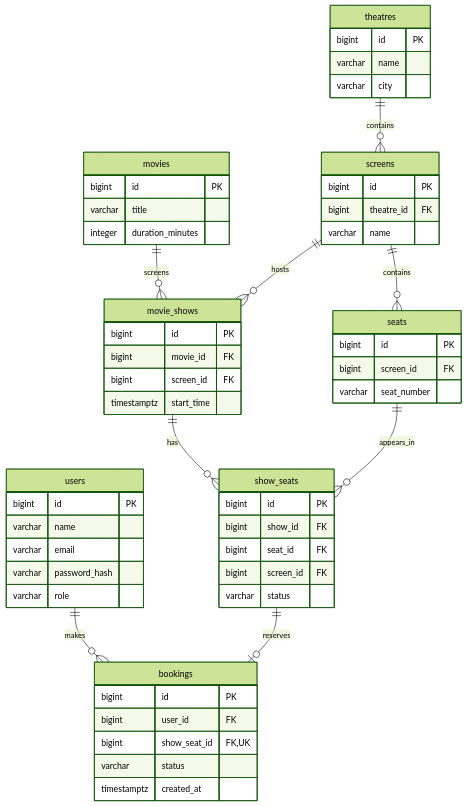
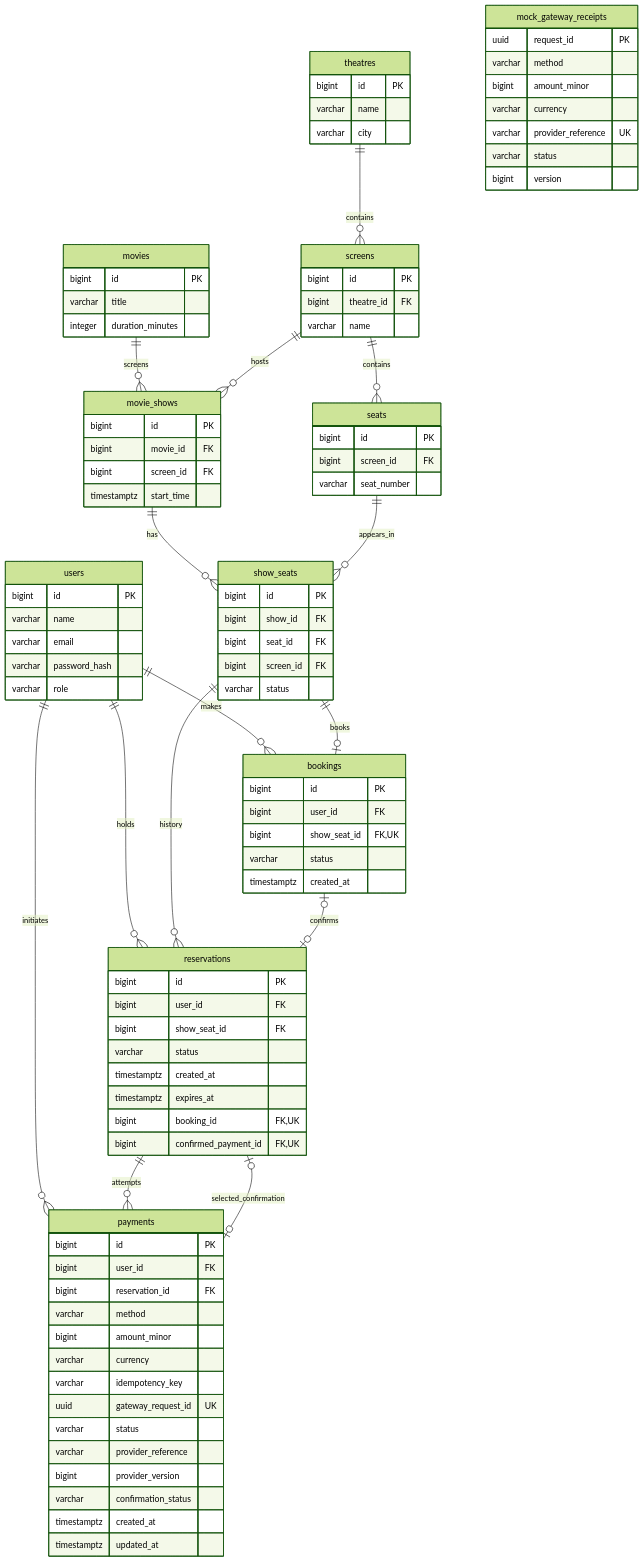
Before and after one commit to Avnish666/Tbooker: the diagram in docs/DATABASE.md, drawn with Mermaid (forest theme). The commit also changed other lines of this file and 62 other files, not shown here.

Commit message:
Add seat reservations and verified mock payment bookings

```diff
--- a/docs/DATABASE.md
+++ b/docs/DATABASE.md
@@ -15,7 +15,48 @@
     movie_shows ||--o{ show_seats : has
     seats ||--o{ show_seats : appears_in
     users ||--o{ bookings : makes
-    show_seats ||--o| bookings : reserves
+    show_seats ||--o| bookings : books
+    users ||--o{ reservations : holds
+    show_seats ||--o{ reservations : history
+    bookings |o--o| reservations : confirms
+    users ||--o{ payments : initiates
+    reservations ||--o{ payments : attempts
+    payments |o--o| reservations : selected_confirmation
+    payments {
+        bigint id PK
+        bigint user_id FK
+        bigint reservation_id FK
+        varchar method
+        bigint amount_minor
+        varchar currency
+        varchar idempotency_key
+        uuid gateway_request_id UK
+        varchar status
+        varchar provider_reference
+        bigint provider_version
+        varchar confirmation_status
+        timestamptz created_at
+        timestamptz updated_at
+    }
+    mock_gateway_receipts {
+        uuid request_id PK
+        varchar method
+        bigint amount_minor
+        varchar currency
+        varchar provider_reference UK
+        varchar status
+        bigint version
+    }
+    reservations {
+        bigint id PK
+        bigint user_id FK
+        bigint show_seat_id FK
+        varchar status
+        timestamptz created_at
+        timestamptz expires_at
+        bigint booking_id FK,UK
+        bigint confirmed_payment_id FK,UK
+    }
     users {
         bigint id PK
         varchar name
```
